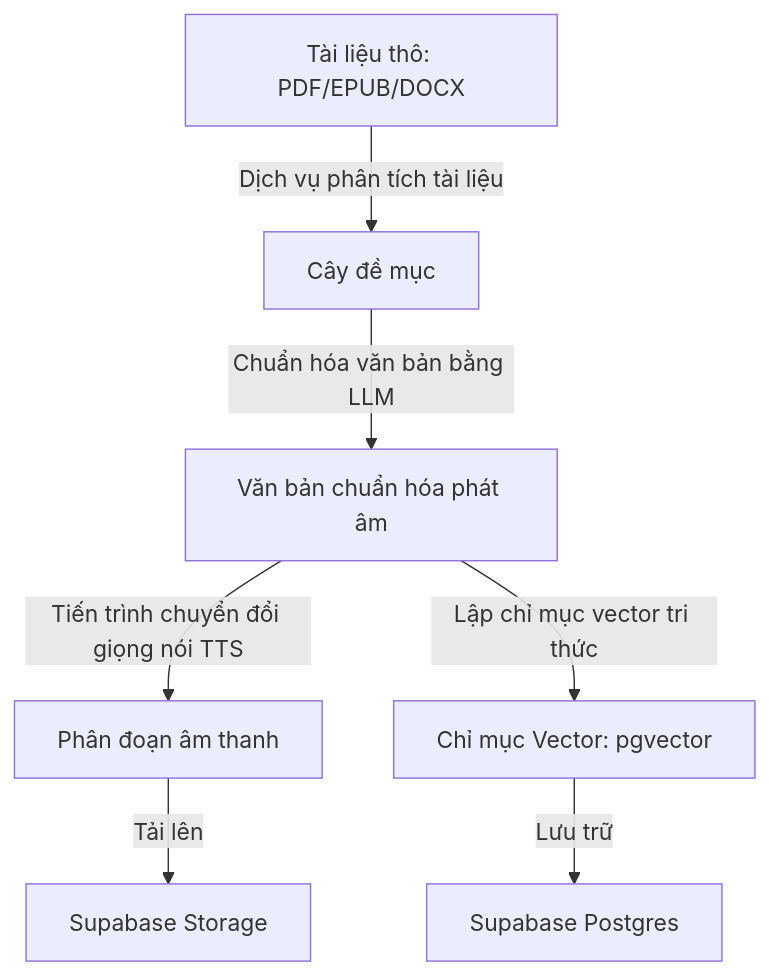
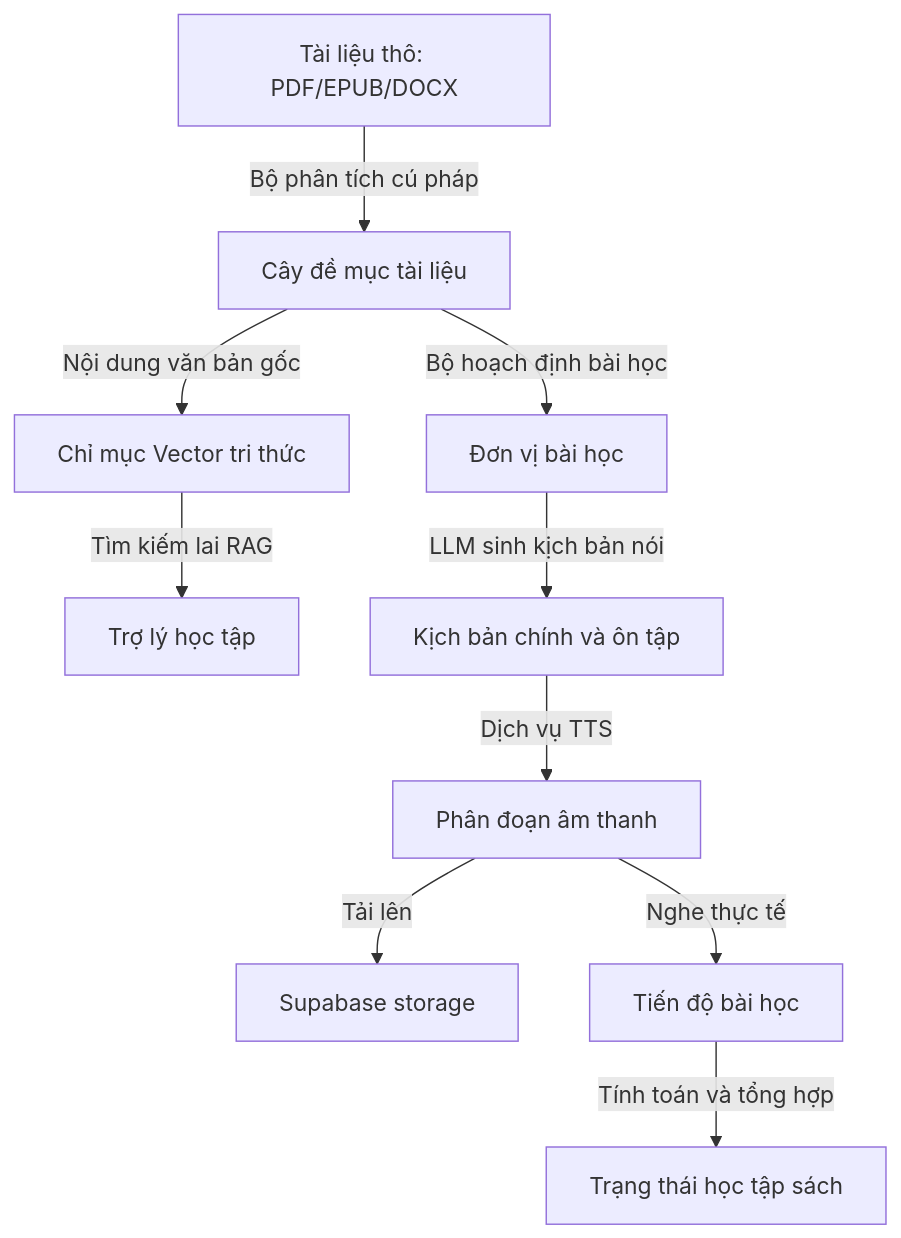
Before and after one commit to KhoaSinno/triam-backend: the second of 6 diagrams in _docs_capstone/outline_4c.md, drawn with Mermaid. The commit also changed other lines of this file and 1 other file, not shown here.

````diff
--- a/_docs_capstone/outline_4c.md
+++ b/_docs_capstone/outline_4c.md
@@ -24,9 +40,14 @@
 ```mermaid
 flowchart TD
-    Raw[Tài liệu thô: PDF/EPUB/DOCX] -->|Dịch vụ phân tích tài liệu| Sections[Cây đề mục]
-    Sections -->|Chuẩn hóa văn bản bằng LLM| Normalized[Văn bản chuẩn hóa phát âm]
-    Normalized -->|Tiến trình chuyển đổi giọng nói TTS| Segments[Phân đoạn âm thanh]
-    Segments -->|Tải lên| Storage[Supabase Storage]
-    Normalized -->|Lập chỉ mục vector tri thức| Index[Chỉ mục Vector: pgvector]
-    Index -->|Lưu trữ| Postgres[Supabase Postgres]
+    Raw[Tài liệu thô: PDF/EPUB/DOCX] -->|Bộ phân tích cú pháp| BS[Cây đề mục tài liệu]
+
+        BS -->|Nội dung văn bản gốc| BSK[Chỉ mục Vector tri thức]
+        BSK -->|Tìm kiếm lai RAG| Agent[Trợ lý học tập]
+
+        BS -->|Bộ hoạch định bài học| LU[Đơn vị bài học]
+        LU -->|LLM sinh kịch bản nói| KB[Kịch bản chính và ôn tập]
+        KB -->|Dịch vụ TTS| LUS[Phân đoạn âm thanh]
+        LUS -->|Tải lên| Storage[Supabase storage]
+        LUS -->|Nghe thực tế| LUP[Tiến độ bài học]
+        LUP -->|Tính toán và tổng hợp| BLS[Trạng thái học tập sách]
 ```
````
